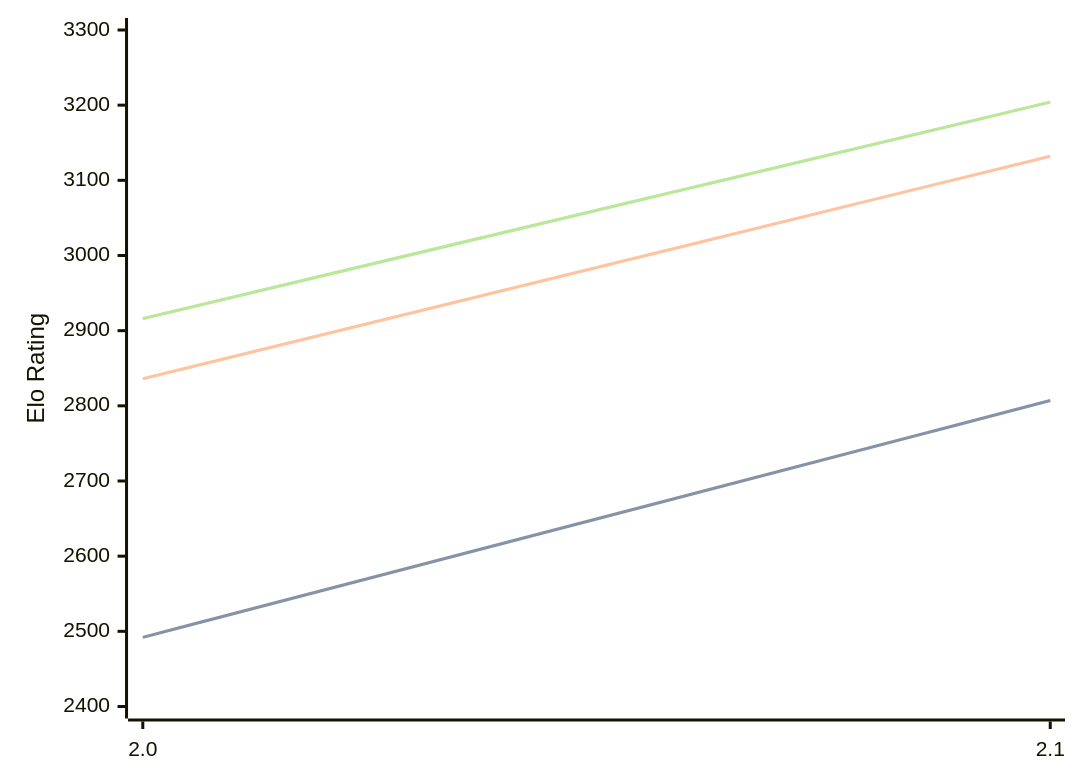
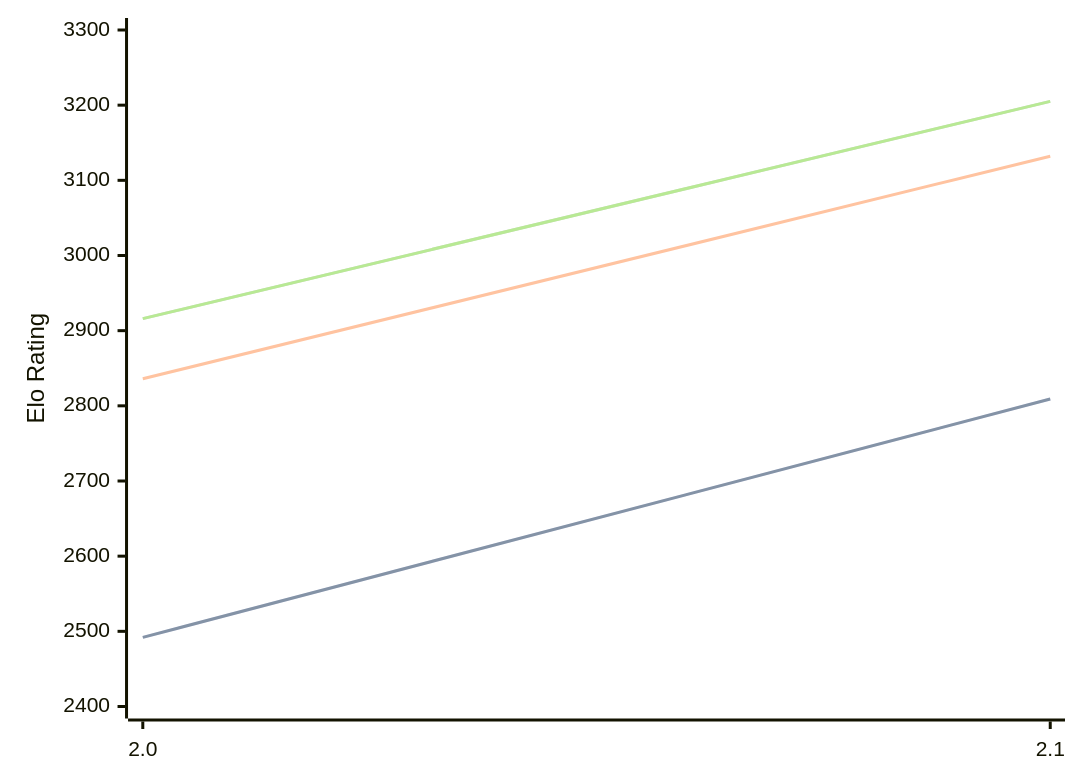
The diagram in engines/Tunguska.md (computer-chess-index/cci), drawn with Mermaid before and after one commit. The commit also changed other lines of this file, not shown here.

Commit message:
Update CCI Ratings (ELO VLTC) - 2026-07-22

````diff
--- a/engines/Tunguska.md
+++ b/engines/Tunguska.md
@@ -32,11 +32,11 @@
 ```mermaid
 %%{init: {"theme":"base","themeVariables":{"seriesColors:['#a3a3a3','#222221','#faa371']}}}%%
 xychart-beta
   x-axis ["2.0", "2.1"]
   y-axis "Elo Rating" 2400 --> 3300
-  line "STC (8.0+0.08s)" [2492, 2807]
-  line "STC (8.0+0.08s)" [2492, 2807]
+  line "STC (8.0+0.08s)" [2492, 2809]
+  line "STC (8.0+0.08s)" [2492, 2809]
   line "LTC (60.0+0.60s)" [2836, 3132]
-  line "VLTC (2m24s+1.12s)" [2916, 3204]
-  line "VLTC (2m24s+1.12s)" [2916, 3204]
+  line "VLTC (2m24s+1.12s)" [2916, 3205]
+  line "VLTC (2m24s+1.12s)" [2916, 3205]
 ```
````
